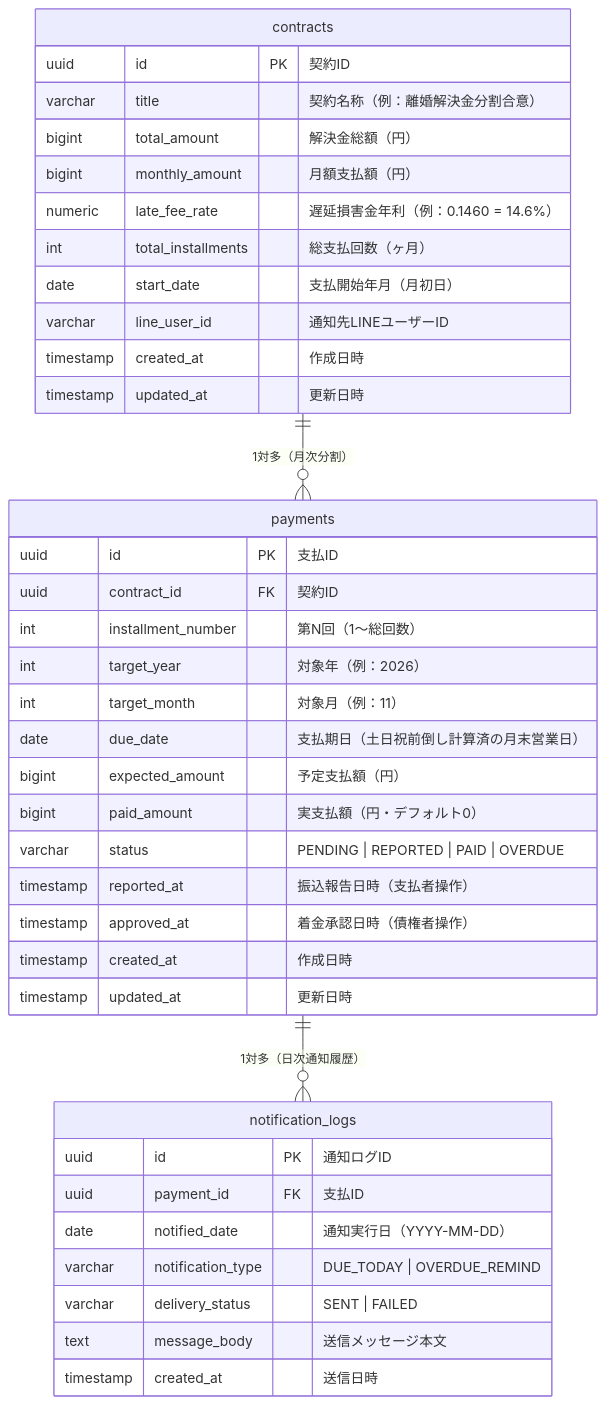
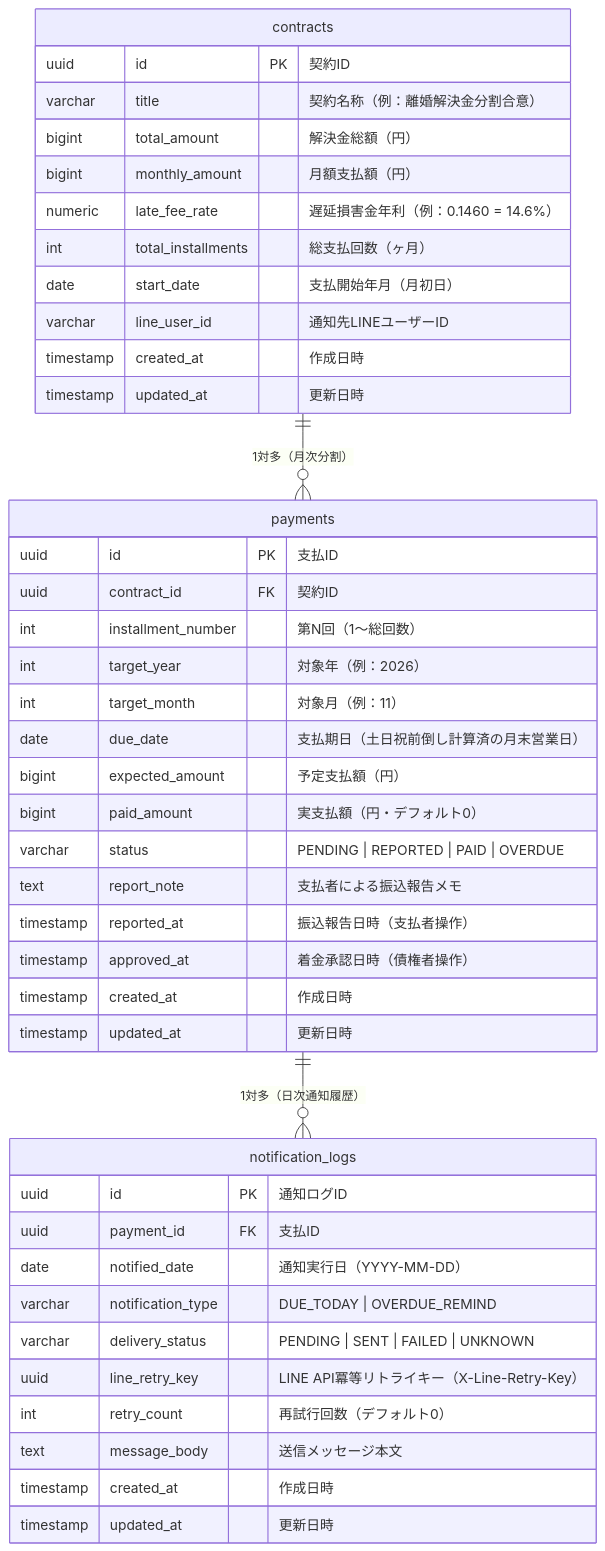
The first of 2 diagrams in docs/design.md (Mayuko-Matsumoto/rikon-kaiketsukin-tracker), drawn with Mermaid before and after one commit. The commit also changed other lines of this file and 1 other file, not shown here.

````diff
--- a/docs/design.md
+++ b/docs/design.md
@@ -13,44 +13,48 @@
 ```mermaid
 erDiagram
     contracts ||--o{ payments : "1対多（月次分割）"
     payments ||--o{ notification_logs : "1対多（日次通知履歴）"
 
     contracts {
         uuid id PK "契約ID"
         varchar title "契約名称（例：離婚解決金分割合意）"
         bigint total_amount "解決金総額（円）"
         bigint monthly_amount "月額支払額（円）"
         numeric late_fee_rate "遅延損害金年利（例：0.1460 = 14.6%）"
         int total_installments "総支払回数（ヶ月）"
         date start_date "支払開始年月（月初日）"
         varchar line_user_id "通知先LINEユーザーID"
         timestamp created_at "作成日時"
         timestamp updated_at "更新日時"
     }
 
     payments {
         uuid id PK "支払ID"
         uuid contract_id FK "契約ID"
         int installment_number "第N回（1〜総回数）"
         int target_year "対象年（例：2026）"
         int target_month "対象月（例：11）"
         date due_date "支払期日（土日祝前倒し計算済の月末営業日）"
         bigint expected_amount "予定支払額（円）"
         bigint paid_amount "実支払額（円・デフォルト0）"
         varchar status "PENDING | REPORTED | PAID | OVERDUE"
+        text report_note "支払者による振込報告メモ"
         timestamp reported_at "振込報告日時（支払者操作）"
         timestamp approved_at "着金承認日時（債権者操作）"
         timestamp created_at "作成日時"
         timestamp updated_at "更新日時"
     }
 
     notification_logs {
         uuid id PK "通知ログID"
         uuid payment_id FK "支払ID"
         date notified_date "通知実行日（YYYY-MM-DD）"
         varchar notification_type "DUE_TODAY | OVERDUE_REMIND"
-        varchar delivery_status "SENT | FAILED"
+        varchar delivery_status "PENDING | SENT | FAILED | UNKNOWN"
+        uuid line_retry_key "LINE API冪等リトライキー（X-Line-Retry-Key）"
+        int retry_count "再試行回数（デフォルト0）"
         text message_body "送信メッセージ本文"
-        timestamp created_at "送信日時"
+        timestamp created_at "作成日時"
+        timestamp updated_at "更新日時"
     }
 ```
````
